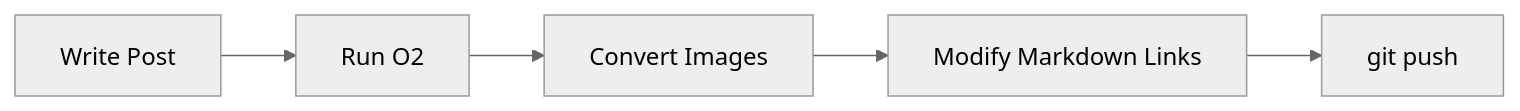
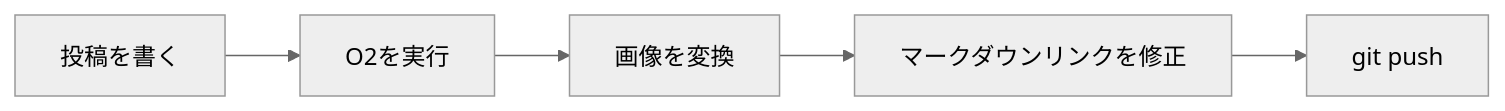
Before and after one commit to songkg7/songkg7.github.io: the first of 2 diagrams in i18n/jp/docusaurus-plugin-content-blog/2023-04-26/Image-optimazation-for-SEO.md, drawn with Mermaid (neutral theme). The commit also changed other lines of this file, not shown here.

````diff
--- a/i18n/jp/docusaurus-plugin-content-blog/2023-04-26/Image-optimazation-for-SEO.md
+++ b/i18n/jp/docusaurus-plugin-content-blog/2023-04-26/Image-optimazation-for-SEO.md
@@ -188,4 +173,4 @@
 ```mermaid
 flowchart LR
-    A[Write Post] --> B[Run O2] --> C[Convert Images] --> D[Modify Markdown Links] --> E[git push]
+    A[投稿を書く] --> B[O2を実行] --> C[画像を変換] --> D[マークダウンリンクを修正] --> E[git push]
 ```
````
